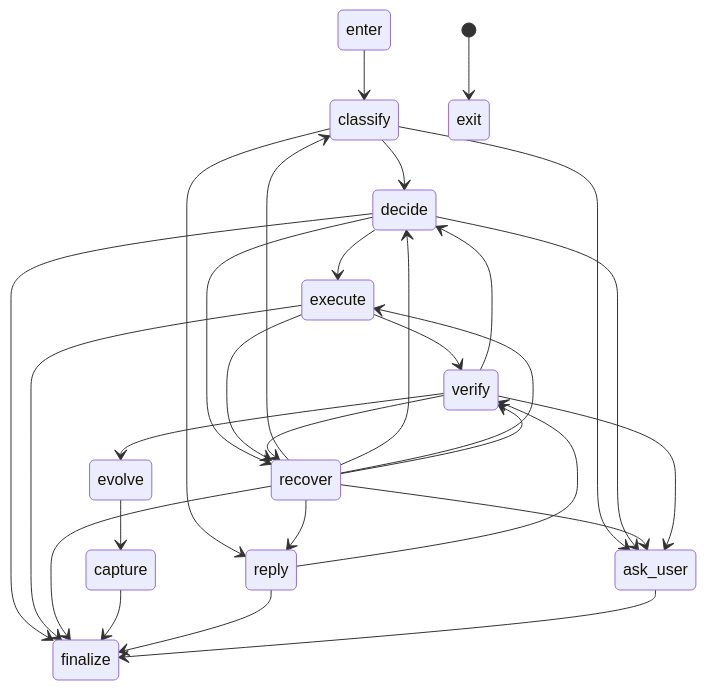
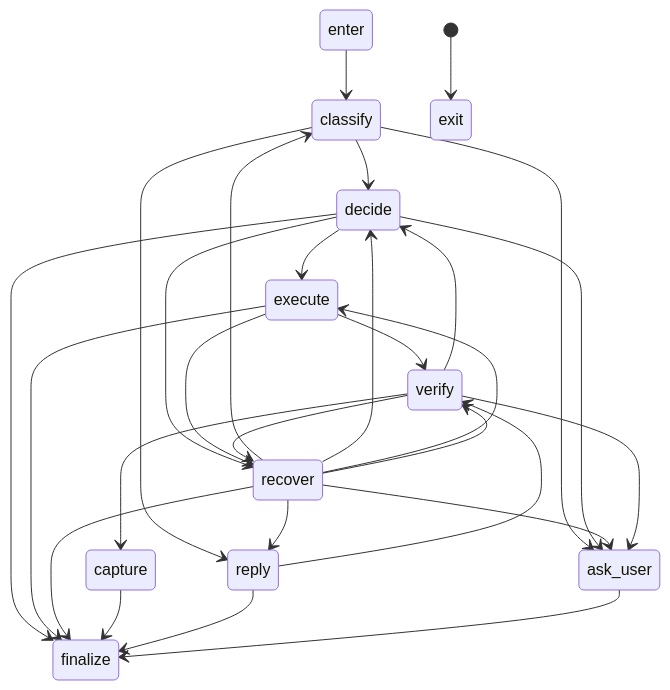
Before and after one commit to HiOSheep/littlesheep-agent: the diagram in docs/reference/core-flow-state-contract.md, drawn with Mermaid. The commit also changed 37 other files, not shown here.

````diff
--- a/docs/reference/core-flow-state-contract.md
+++ b/docs/reference/core-flow-state-contract.md
@@ -11,31 +11,30 @@
 ```mermaid
 stateDiagram-v2
   enter --> classify
   classify --> decide
   classify --> reply
   classify --> ask_user
   decide --> execute
   decide --> ask_user
   decide --> finalize
   decide --> recover
   execute --> verify
   execute --> recover
   execute --> finalize
   recover --> classify
   recover --> decide
   recover --> execute
   recover --> verify
   recover --> reply
   recover --> ask_user
   recover --> finalize
-  verify --> evolve
+  verify --> capture
   verify --> recover
   verify --> decide
   verify --> ask_user
-  evolve --> capture
   capture --> finalize
   reply --> verify
   reply --> finalize
   ask_user --> finalize
   [*] --> exit
 ```
````
